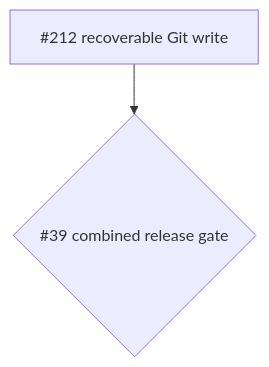
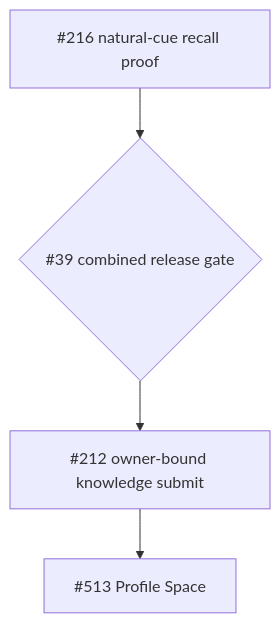
The diagram in ROADMAP.md (leon0399/llame), drawn with Mermaid before and after one commit. The commit also changed other lines of this file, not shown here.

First line of the commit message:
docs(roadmap): re-scope #212 after kb:// writes and host bash

````diff
--- a/ROADMAP.md
+++ b/ROADMAP.md
@@ -28,7 +87,10 @@
 ```mermaid
 flowchart TD
-    K2["#212 recoverable Git write"]
+    E0["#216 natural-cue recall proof"]
     Gate{"#39 combined release gate"}
+    K2["#212 owner-bound knowledge submit"]
+    P0["#513 Profile Space"]
 
-    K2 --> Gate
+    E0 --> Gate
+    Gate --> K2 --> P0
 ```
````
